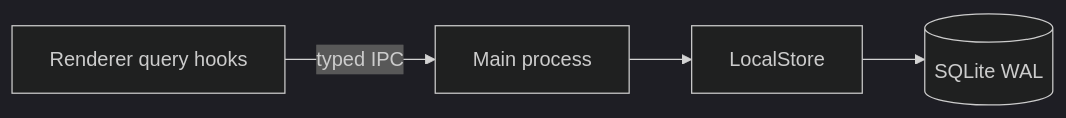
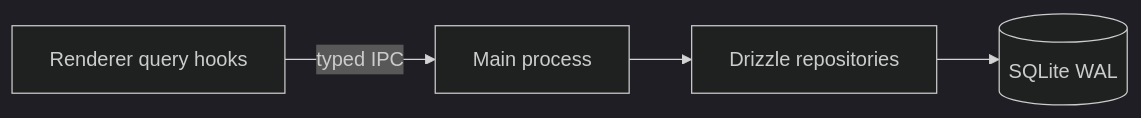
Before and after one commit to BoatengPeter/smokeforge-registry: the diagram in overlays/desktop/electron/storage/sqlite/files/docs/STORAGE.md, drawn with Mermaid (dark theme). The commit also changed other lines of this file and 18 other files, not shown here.

Commit message:
feat(desktop): add Drizzle library, activity, and settings flows

````diff
--- a/overlays/desktop/electron/storage/sqlite/files/docs/STORAGE.md
+++ b/overlays/desktop/electron/storage/sqlite/files/docs/STORAGE.md
@@ -6,6 +6,6 @@
 ```mermaid
 flowchart LR
     Renderer[Renderer query hooks] -->|typed IPC| Main[Main process]
-    Main --> Local[LocalStore]
-    Local --> SQLite[(SQLite WAL)]
+    Main --> Drizzle[Drizzle repositories]
+    Drizzle --> SQLite[(SQLite WAL)]
 ```
````
